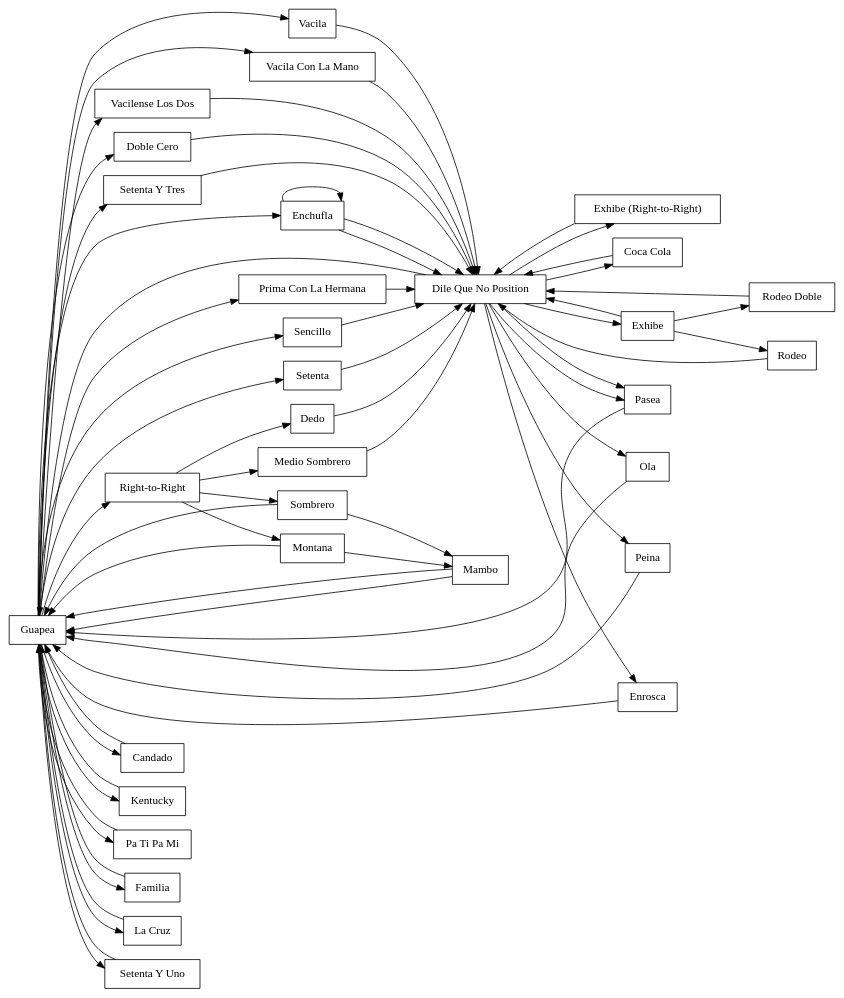
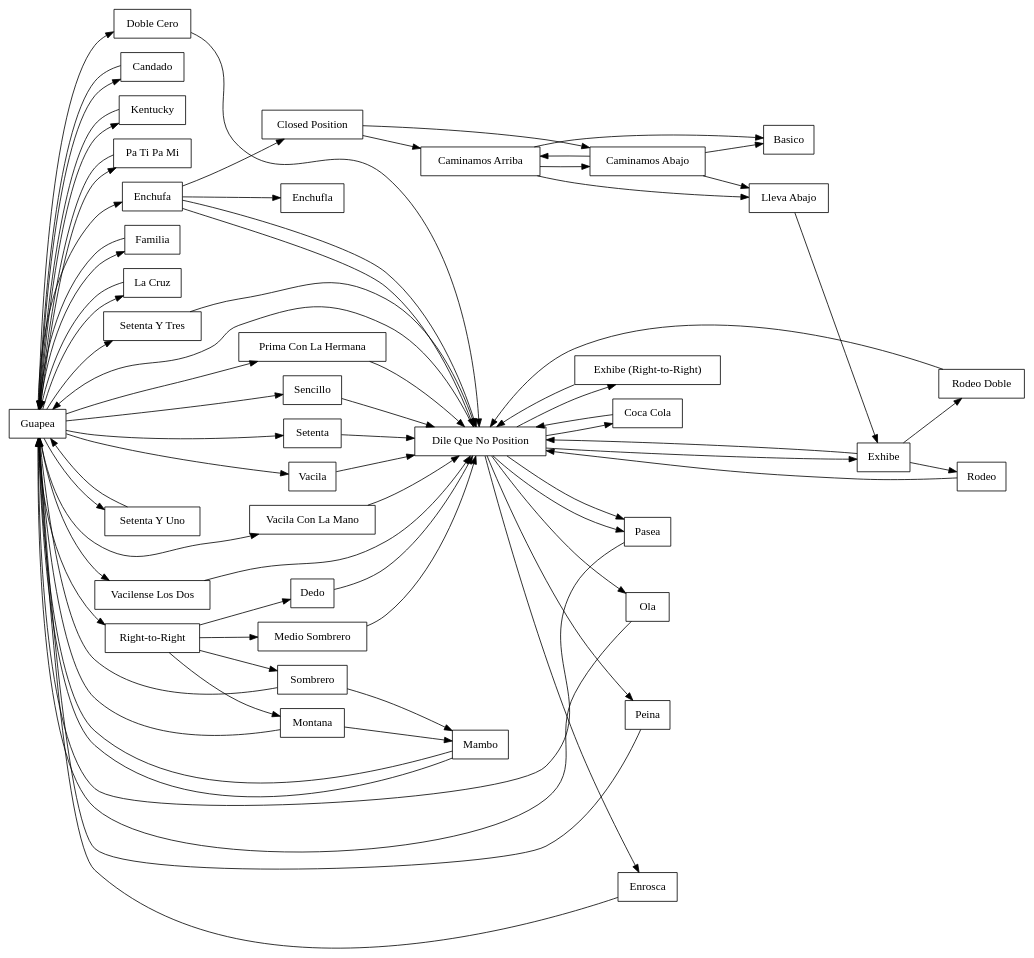
The diagram in social_all_dile_que_no_is_same.dot (adharsh/Salsa), drawn with Graphviz before and after one commit. The commit also changed 6 other files, not shown here.

Commit message:
Added closed position

```diff
--- a/social_all_dile_que_no_is_same.dot
+++ b/social_all_dile_que_no_is_same.dot
@@ -1,81 +1,89 @@
 
 /*
 Notes
 - Guapea can be skipped
 - Rueda moves, add *, can be disabled
 
 Others:
 - https://bachatasteps.com/?topic=salsa&options=newest
 - https://www.makelinux.net/salsa/
 - guapea -> familia -> guapea, does it end in dilequeno?
 - tf is traslado?
 - la cruz ends in dile que no position or guapea?
 - exhibe (right-to-right), only option is pasea?
 
 Can all dile que no positions can be right-to-right?
 
 */
 
 digraph SalsaDanceMoves {
   rankdir=LR; 
   node [shape=box];
   edge [color=black];
 
   // Level 1
-  Guapea -> Enchufla;
-  Enchufla -> "Dile Que No Position";
-  Enchufla -> "Dile Que No Position";
+  Guapea -> Enchufa;
+  Enchufa -> "Dile Que No Position";
+  Enchufa -> "Dile Que No Position";
   "Dile Que No Position" -> Guapea;
   "Dile Que No Position" -> Exhibe;
   "Dile Que No Position" -> Pasea;
   "Dile Que No Position" -> Pasea;
   Pasea -> Guapea;
   Exhibe -> "Dile Que No Position";
+  Enchufa -> "Closed Position";
+  "Closed Position" -> "Caminamos Arriba" -> "Caminamos Abajo";
+  "Closed Position" -> "Caminamos Abajo" -> "Caminamos Arriba";
+  "Caminamos Arriba" -> Basico;
+  "Caminamos Abajo" -> Basico;
+  "Caminamos Arriba" -> "Lleva Abajo";
+  "Caminamos Abajo" -> "Lleva Abajo";
+  "Lleva Abajo" -> Exhibe;
 
   // Level 2a
-  Enchufla -> Enchufla;
+  Enchufa -> Enchufla;
   Guapea -> Candado -> Guapea;
   Guapea -> Kentucky -> Guapea;
   Guapea -> "Pa Ti Pa Mi" -> Guapea;
 
   // Level 2b
   Guapea -> "Prima Con La Hermana" -> "Dile Que No Position";
   Guapea -> Familia -> Guapea;
 
   // Level 2c
   Exhibe -> Rodeo -> "Dile Que No Position";
   Exhibe -> "Rodeo Doble" -> "Dile Que No Position";
   Guapea -> "La Cruz" -> Guapea;
 
   // Level 2d
   Guapea -> Sencillo -> "Dile Que No Position";
   Guapea -> Setenta -> "Dile Que No Position";
   //"Dile Que No Position" -> "Flare - Leader Left Arm Extension" -> Guapea;
 
   // Level 3a
   Guapea -> Vacila -> "Dile Que No Position";
   Guapea -> "Vacila Con La Mano" -> "Dile Que No Position";
   Guapea -> "Vacilense Los Dos" -> "Dile Que No Position";
   Guapea -> "Right-to-Right";
   "Right-to-Right" -> "Medio Sombrero" -> "Dile Que No Position";
   "Dile Que No Position" -> "Exhibe (Right-to-Right)" -> "Dile Que No Position";
 
   // Level 3b
   "Right-to-Right" -> Sombrero -> Guapea;
   Sombrero -> Mambo -> Guapea;
   "Dile Que No Position" -> Ola -> Guapea;
   "Right-to-Right" -> Dedo -> "Dile Que No Position";
   "Right-to-Right" -> Montana -> Guapea;
   Montana -> Mambo -> Guapea;
   //"Dile Que No Position" -> "Flare - Leader Left Arm Extension" -> "Dile Que No Position";
 
   // Level 3c
   "Dile Que No Position" -> Peina -> Guapea;
   "Dile Que No Position" -> Enrosca -> Guapea;
   Guapea -> "Setenta Y Uno" -> Guapea;
   "Dile Que No Position" -> "Coca Cola" -> "Dile Que No Position";
 
   // Level 3d
   Guapea -> "Doble Cero" -> "Dile Que No Position";
   Guapea -> "Setenta Y Tres" -> "Dile Que No Position";
 }
```
